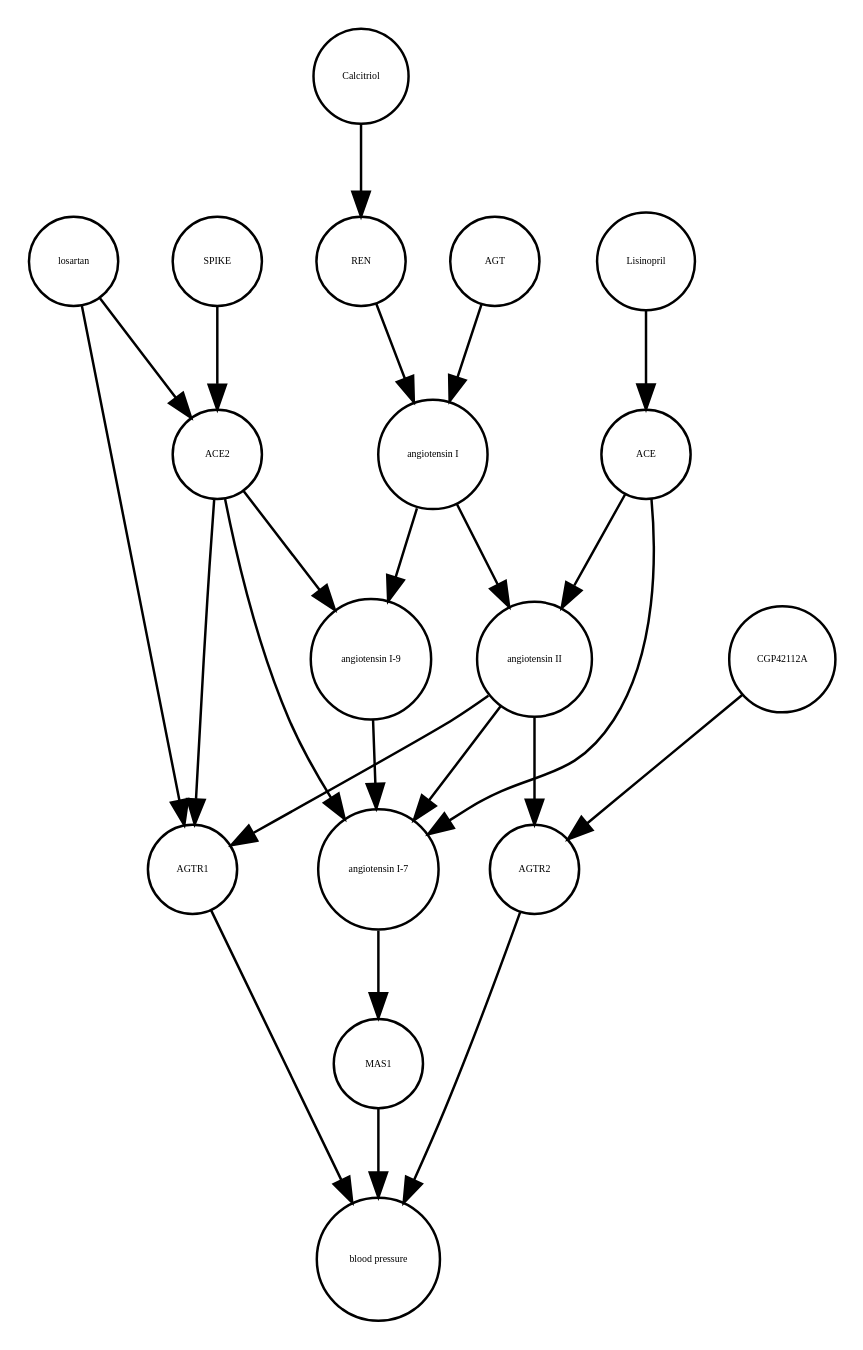
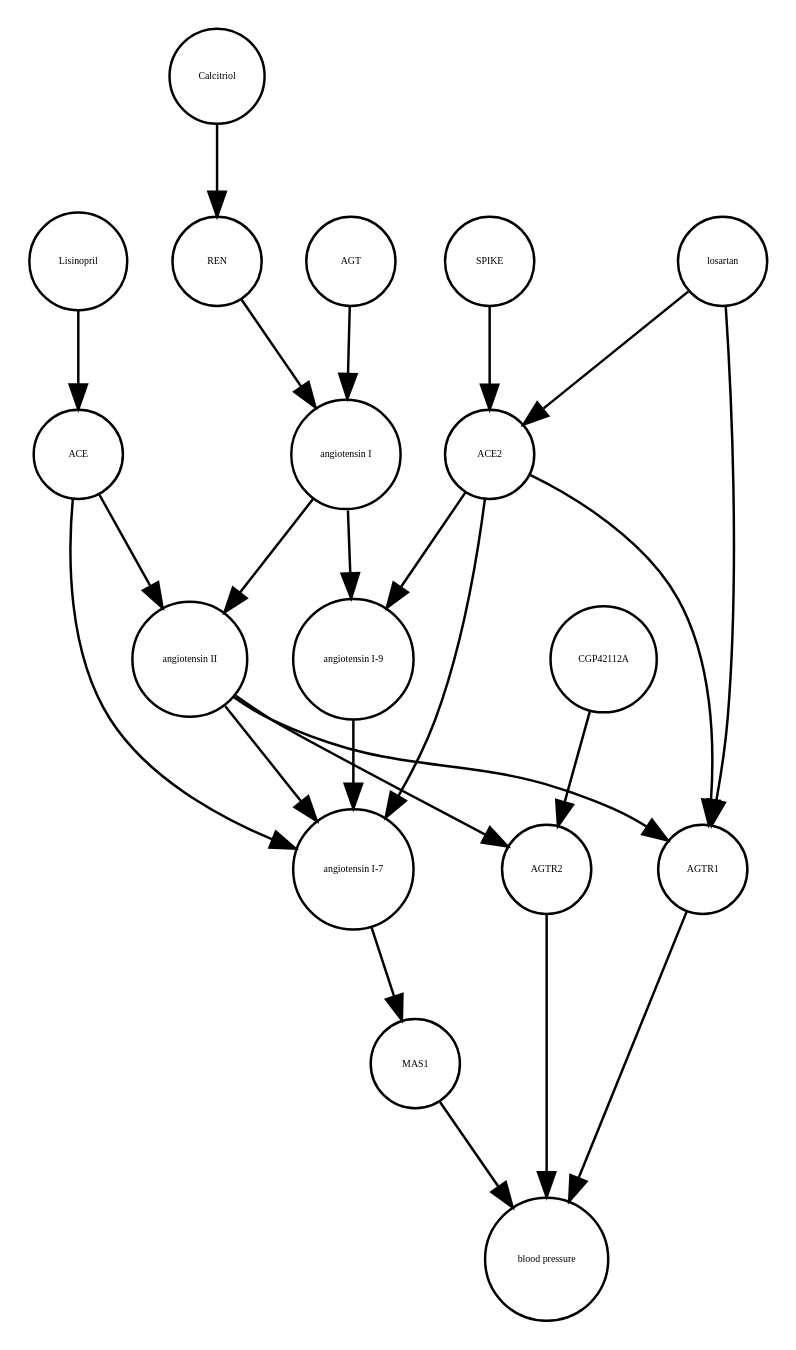
One commit to cannin/covid19-sbgn changed the diagram in Role_of_spike_ACE2_interaction_in_pulmonary_blood_pressure_regulation_v3.xml_projected.dot. Above: the diagram before and after it, drawn with Graphviz. The commit also changed other lines of this file and 637 other files, not shown here.

```diff
--- a/Role_of_spike_ACE2_interaction_in_pulmonary_blood_pressure_regulation_v3.xml_projected.dot
+++ b/Role_of_spike_ACE2_interaction_in_pulmonary_blood_pressure_regulation_v3.xml_projected.dot
@@ -1,42 +1,42 @@
 strict digraph  {
 MAS1 [annotation="", bipartite=0, cls=macromolecule, fontsize=4, label=MAS1, shape=circle];
 "blood pressure" [annotation="", bipartite=0, cls=phenotype, fontsize=4, label="blood pressure", shape=circle];
 AGTR2 [annotation="", bipartite=0, cls=macromolecule, fontsize=4, label=AGTR2, shape=circle];
 AGTR1 [annotation="", bipartite=0, cls=macromolecule, fontsize=4, label=AGTR1, shape=circle];
+"angiotensin I-9" [annotation="", bipartite=0, cls="simple chemical", fontsize=4, label="angiotensin I-9", shape=circle];
+AGT [annotation="", bipartite=0, cls=macromolecule, fontsize=4, label=AGT, shape=circle];
+SPIKE [annotation="", bipartite=0, cls=macromolecule, fontsize=4, label=SPIKE, shape=circle];
+"angiotensin II" [annotation="", bipartite=0, cls="simple chemical", fontsize=4, label="angiotensin II", shape=circle];
+"angiotensin I-7" [annotation="", bipartite=0, cls="simple chemical", fontsize=4, label="angiotensin I-7", shape=circle];
+ACE [annotation="", bipartite=0, cls=macromolecule, fontsize=4, label=ACE, shape=circle];
+Lisinopril [annotation="", bipartite=0, cls="simple chemical", fontsize=4, label=Lisinopril, shape=circle];
+"angiotensin I" [annotation="", bipartite=0, cls="simple chemical", fontsize=4, label="angiotensin I", shape=circle];
+ACE2 [annotation="", bipartite=0, cls=macromolecule, fontsize=4, label=ACE2, shape=circle];
+Calcitriol [annotation="", bipartite=0, cls="simple chemical", fontsize=4, label=Calcitriol, shape=circle];
 losartan [annotation="", bipartite=0, cls="simple chemical", fontsize=4, label=losartan, shape=circle];
-Calcitriol [annotation="", bipartite=0, cls="simple chemical", fontsize=4, label=Calcitriol, shape=circle];
-"angiotensin I-9" [annotation="", bipartite=0, cls="simple chemical", fontsize=4, label="angiotensin I-9", shape=circle];
-"angiotensin II" [annotation="", bipartite=0, cls="simple chemical", fontsize=4, label="angiotensin II", shape=circle];
-AGT [annotation="", bipartite=0, cls=macromolecule, fontsize=4, label=AGT, shape=circle];
-ACE [annotation="", bipartite=0, cls=macromolecule, fontsize=4, label=ACE, shape=circle];
-"angiotensin I-7" [annotation="", bipartite=0, cls="simple chemical", fontsize=4, label="angiotensin I-7", shape=circle];
-ACE2 [annotation="", bipartite=0, cls=macromolecule, fontsize=4, label=ACE2, shape=circle];
-SPIKE [annotation="", bipartite=0, cls=macromolecule, fontsize=4, label=SPIKE, shape=circle];
-"angiotensin I" [annotation="", bipartite=0, cls="simple chemical", fontsize=4, label="angiotensin I", shape=circle];
-Lisinopril [annotation="", bipartite=0, cls="simple chemical", fontsize=4, label=Lisinopril, shape=circle];
 REN [annotation="", bipartite=0, cls=macromolecule, fontsize=4, label=REN, shape=circle];
 CGP42112A [annotation="", bipartite=0, cls="simple chemical", fontsize=4, label=CGP42112A, shape=circle];
 MAS1 -> "blood pressure"  [annotation="", interaction_type=inhibition];
 AGTR2 -> "blood pressure"  [annotation="", interaction_type=inhibition];
 AGTR1 -> "blood pressure"  [annotation="", interaction_type=stimulation];
-losartan -> AGTR1  [annotation="", interaction_type=production];
-losartan -> ACE2  [annotation="", interaction_type=production];
-Calcitriol -> REN  [annotation="", interaction_type=inhibition];
 "angiotensin I-9" -> "angiotensin I-7"  [annotation="", interaction_type=production];
+AGT -> "angiotensin I"  [annotation="", interaction_type=production];
+SPIKE -> ACE2  [annotation="", interaction_type=production];
 "angiotensin II" -> AGTR2  [annotation="", interaction_type=production];
+"angiotensin II" -> "angiotensin I-7"  [annotation="", interaction_type=production];
 "angiotensin II" -> AGTR1  [annotation="", interaction_type=modulation];
-"angiotensin II" -> "angiotensin I-7"  [annotation="", interaction_type=production];
-AGT -> "angiotensin I"  [annotation="", interaction_type=production];
+"angiotensin I-7" -> MAS1  [annotation="", interaction_type=production];
 ACE -> "angiotensin II"  [annotation="", interaction_type=catalysis];
 ACE -> "angiotensin I-7"  [annotation="", interaction_type=catalysis];
-"angiotensin I-7" -> MAS1  [annotation="", interaction_type=production];
+Lisinopril -> ACE  [annotation="", interaction_type=production];
+"angiotensin I" -> "angiotensin I-9"  [annotation="", interaction_type=production];
+"angiotensin I" -> "angiotensin II"  [annotation="", interaction_type=production];
 ACE2 -> "angiotensin I-9"  [annotation="", interaction_type=catalysis];
 ACE2 -> AGTR1  [annotation="", interaction_type=production];
 ACE2 -> "angiotensin I-7"  [annotation="", interaction_type=catalysis];
-SPIKE -> ACE2  [annotation="", interaction_type=production];
-"angiotensin I" -> "angiotensin II"  [annotation="", interaction_type=production];
-"angiotensin I" -> "angiotensin I-9"  [annotation="", interaction_type=production];
-Lisinopril -> ACE  [annotation="", interaction_type=production];
+Calcitriol -> REN  [annotation="", interaction_type=inhibition];
+losartan -> ACE2  [annotation="", interaction_type=production];
+losartan -> AGTR1  [annotation="", interaction_type=production];
 REN -> "angiotensin I"  [annotation="", interaction_type=catalysis];
 CGP42112A -> AGTR2  [annotation="", interaction_type=production];
 }
```
